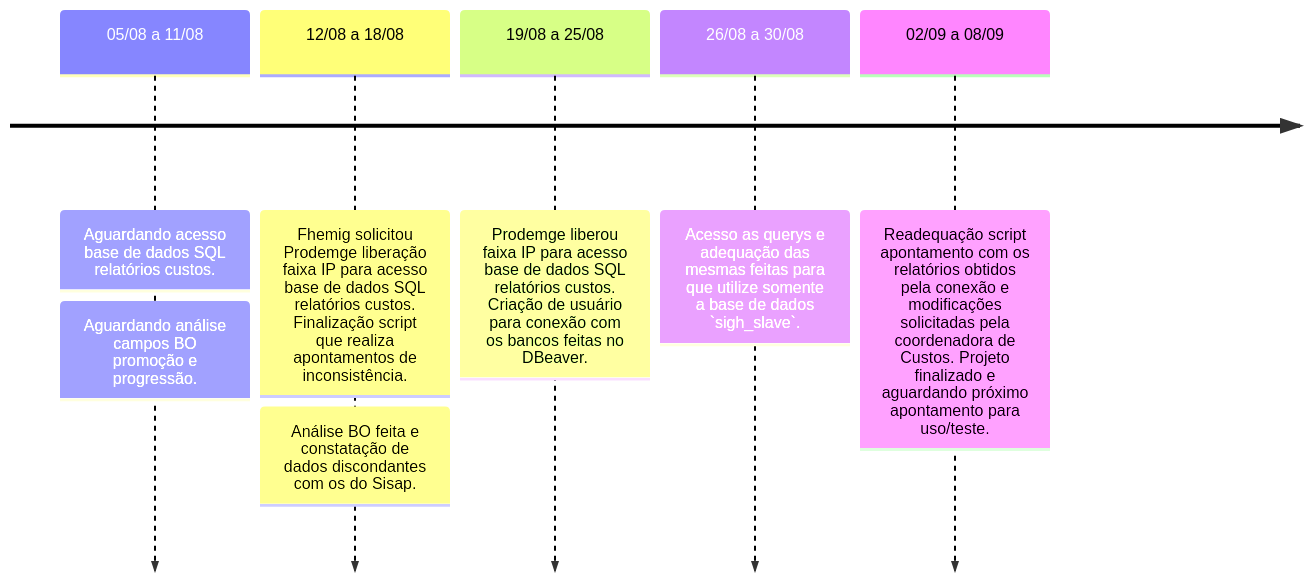
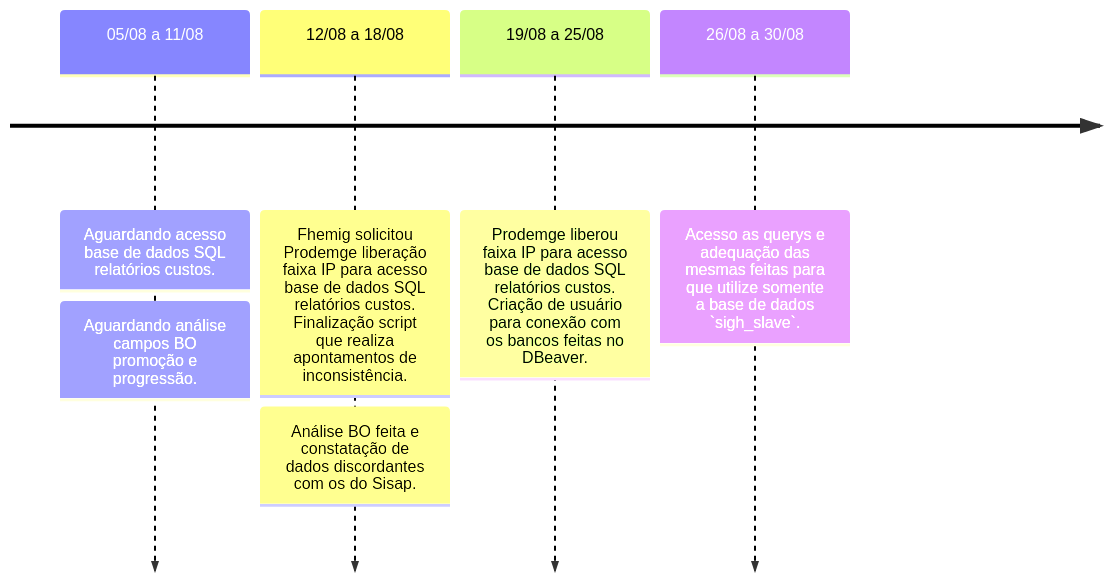
The second of 3 diagrams in docs/linha_do_tempo/projeto_fhemig.md (automatiza-mg/handbook), drawn with Mermaid before and after one commit. The commit also changed other lines of this file, not shown here.

Commit message:
add mês setembro projeto_fhemig.md

````diff
--- a/docs/linha_do_tempo/projeto_fhemig.md
+++ b/docs/linha_do_tempo/projeto_fhemig.md
@@ -29,10 +29,9 @@
     ```mermaid
     timeline
         05/08 a 11/08 : Aguardando acesso base de dados SQL relatórios custos.
                       : Aguardando análise campos BO promoção e progressão.
         12/08 a 18/08 : Fhemig solicitou Prodemge liberação faixa IP para acesso base de dados SQL relatórios custos. Finalização script que realiza apontamentos de inconsistência.
-                      : Análise BO feita e constatação de dados discondantes com os do Sisap.
+                      : Análise BO feita e constatação de dados discordantes com os do Sisap.
         19/08 a 25/08 : Prodemge liberou faixa IP para acesso base de dados SQL relatórios custos. Criação de usuário para conexão com os bancos feitas no DBeaver.
         26/08 a 30/08 : Acesso as querys e adequação das mesmas feitas para que utilize somente a base de dados `sigh_slave`.
-        02/09 a 08/09 : Readequação script apontamento com os relatórios obtidos pela conexão e modificações solicitadas pela coordenadora de Custos. Projeto finalizado e aguardando próximo apontamento para uso/teste.
     ```
````
